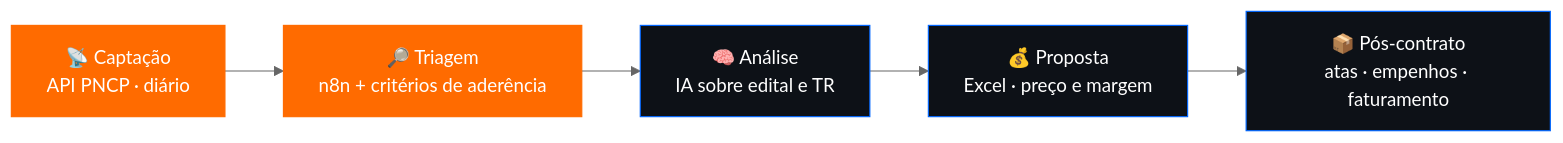
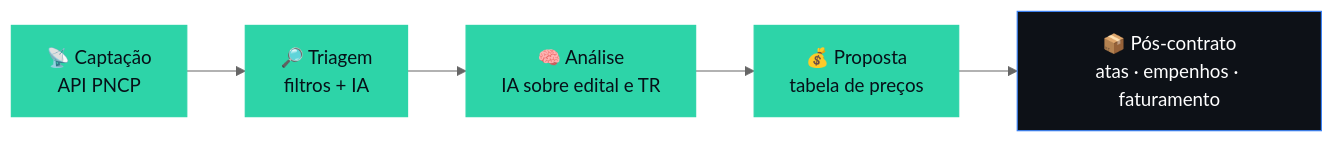
Before and after one commit to Max-Martins/Max-Martins: the diagram in README.md, drawn with Mermaid (neutral theme). The commit also changed other lines of this file and 10 other files, not shown here.

````diff
--- a/README.md
+++ b/README.md
@@ -198,12 +111,12 @@
 ```mermaid
 flowchart LR
-    A["📡 Captação<br/>API PNCP · diário"] --> B["🔎 Triagem<br/>n8n + critérios de aderência"]
+    A["📡 Captação<br/>API PNCP"] --> B["🔎 Triagem<br/>filtros + IA"]
     B --> C["🧠 Análise<br/>IA sobre edital e TR"]
-    C --> D["💰 Proposta<br/>Excel · preço e margem"]
+    C --> D["💰 Proposta<br/>tabela de preços"]
     D --> E["📦 Pós-contrato<br/>atas · empenhos · faturamento"]
 
-    classDef done fill:#ff6b00,stroke:#ff6b00,color:#ffffff
-    classDef next fill:#0d1117,stroke:#0066ff,color:#ffffff
-    class A,B done
-    class C,D,E next
+    classDef done fill:#2dd4a8,stroke:#2dd4a8,color:#071018
+    classDef next fill:#0d1117,stroke:#3b82f6,color:#ffffff
+    class A,B,C,D done
+    class E next
 ```
````
